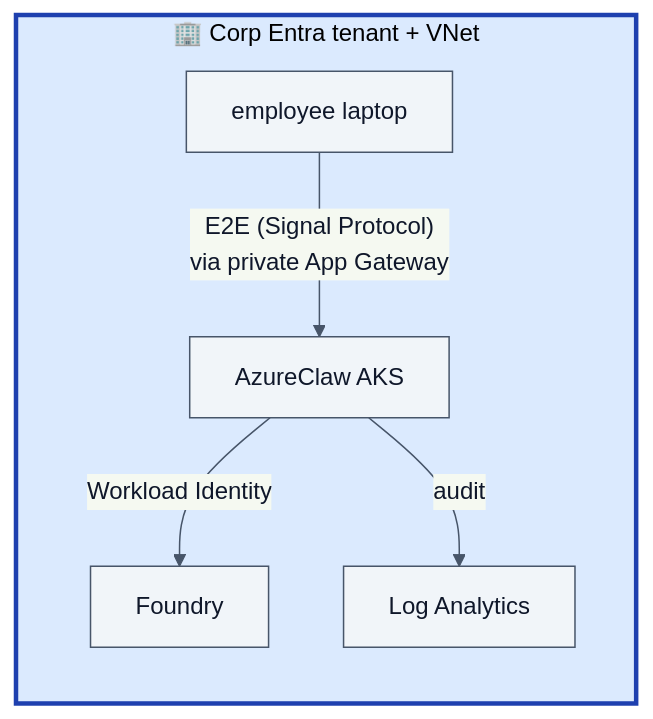
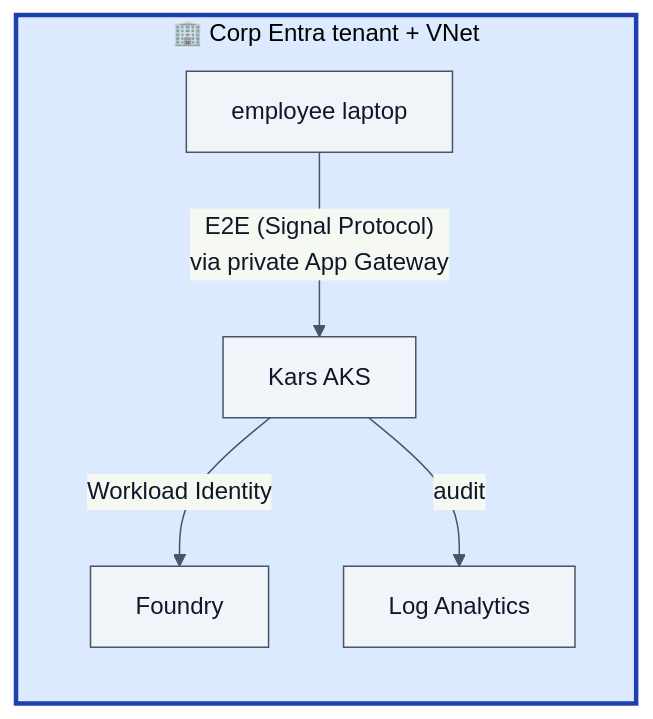
Before and after one commit to lachie83/kars: the second of 3 diagrams in docs/blueprints/02-enterprise-self-hosted.md, drawn with Mermaid. The commit also changed other lines of this file and 694 other files, not shown here.

````diff
--- a/docs/blueprints/02-enterprise-self-hosted.md
+++ b/docs/blueprints/02-enterprise-self-hosted.md
@@ -76,18 +76,18 @@
 ```mermaid
 %%{init: {'theme':'base','themeVariables':{'primaryColor':'#f1f5f9','primaryBorderColor':'#475569','primaryTextColor':'#0f172a','lineColor':'#475569','clusterBkg':'#f8fafc','clusterBorder':'#94a3b8','fontFamily':'-apple-system, BlinkMacSystemFont, Segoe UI, sans-serif'}}}%%
 flowchart LR
   subgraph TB1["🏢 Corp Entra tenant + VNet"]
     direction TB
     Eng["employee laptop"]
-    AKS["AzureClaw AKS"]
+    AKS["Kars AKS"]
     FND["Foundry"]
     LAW["Log Analytics"]
   end
 
   Eng -->|"E2E (Signal Protocol)<br/>via private App Gateway"| AKS
   AKS -->|"Workload Identity"| FND
   AKS -->|"audit"| LAW
 
   classDef boundary stroke:#1e40af,stroke-width:3px,fill:#dbeafe;
   class TB1 boundary;
 ```
````
